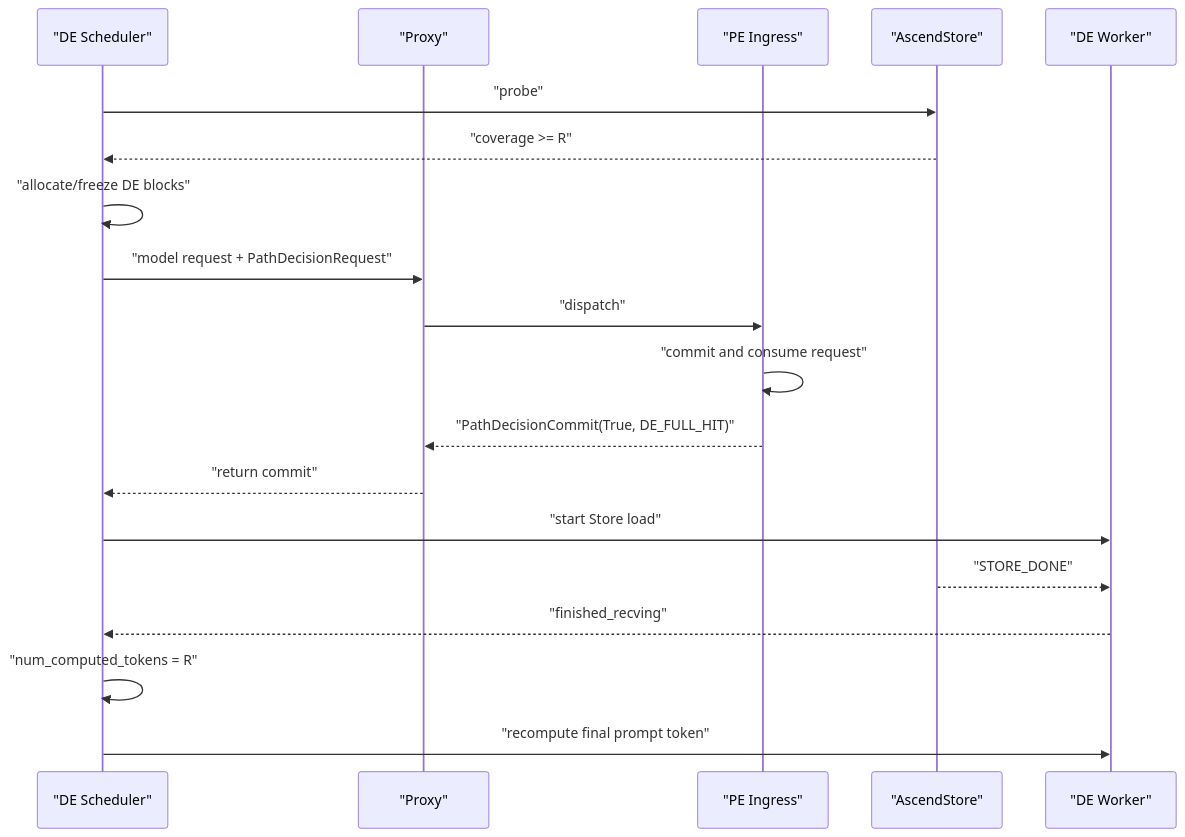
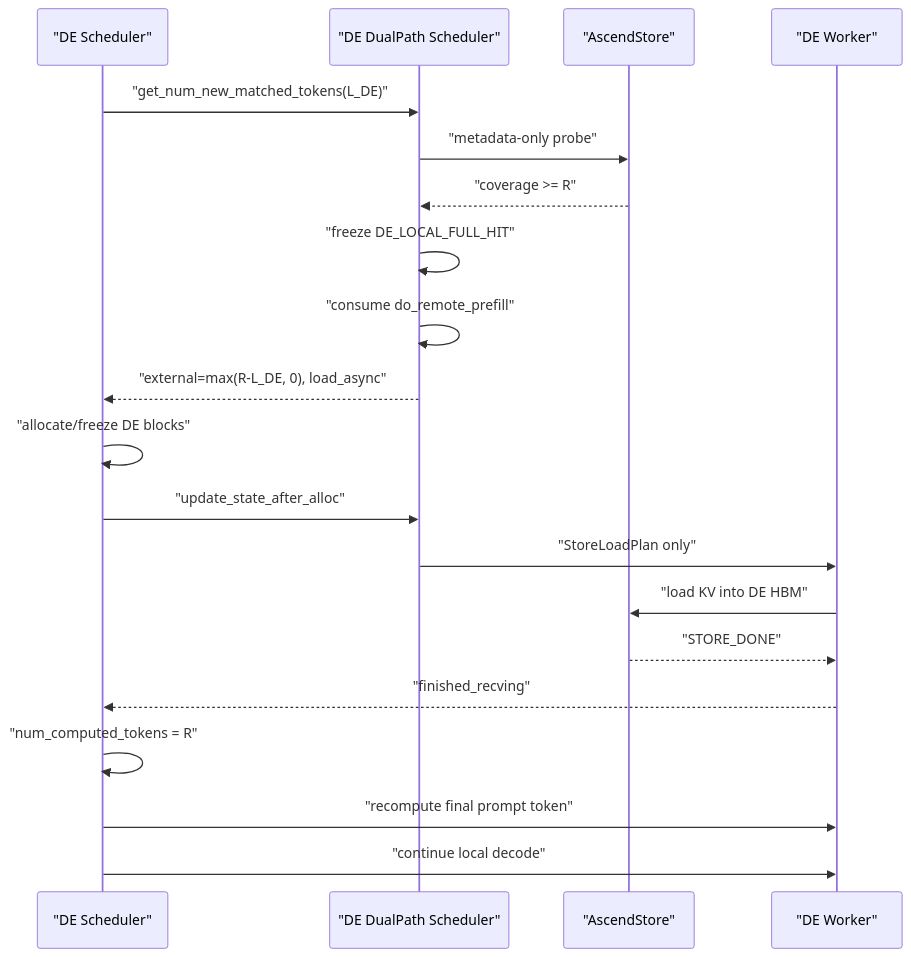
Before and after one commit to mazifan0120/vllm-ascend: the sixth of 7 diagrams in docs/superpowers/specs/2026-07-23-dual-path-connector-stage1-option-a-detailed-design.md, drawn with Mermaid. The commit also changed other lines of this file and 1 other file, not shown here.

First line of the commit message:
docs: clarify DE_LOCAL_FULL_HIT admission in DualPath Option A design

````diff
--- a/docs/superpowers/specs/2026-07-23-dual-path-connector-stage1-option-a-detailed-design.md
+++ b/docs/superpowers/specs/2026-07-23-dual-path-connector-stage1-option-a-detailed-design.md
@@ -1071,22 +1508,23 @@
 ```mermaid
 sequenceDiagram
     participant DES as "DE Scheduler"
-    participant Proxy as "Proxy"
-    participant PEI as "PE Ingress"
+    participant DPC as "DE DualPath Scheduler"
     participant Store as "AscendStore"
     participant DEW as "DE Worker"
 
-    DES->>Store: "probe"
-    Store-->>DES: "coverage >= R"
+    DES->>DPC: "get_num_new_matched_tokens(L_DE)"
+    DPC->>Store: "metadata-only probe"
+    Store-->>DPC: "coverage >= R"
+    DPC->>DPC: "freeze DE_LOCAL_FULL_HIT"
+    DPC->>DPC: "consume do_remote_prefill"
+    DPC-->>DES: "external=max(R-L_DE, 0), load_async"
     DES->>DES: "allocate/freeze DE blocks"
-    DES->>Proxy: "model request + PathDecisionRequest"
-    Proxy->>PEI: "dispatch"
-    PEI->>PEI: "commit and consume request"
-    PEI-->>Proxy: "PathDecisionCommit(True, DE_FULL_HIT)"
-    Proxy-->>DES: "return commit"
-    DES->>DEW: "start Store load"
+    DES->>DPC: "update_state_after_alloc"
+    DPC->>DEW: "StoreLoadPlan only"
+    DEW->>Store: "load KV into DE HBM"
     Store-->>DEW: "STORE_DONE"
     DEW-->>DES: "finished_recving"
     DES->>DES: "num_computed_tokens = R"
     DES->>DEW: "recompute final prompt token"
+    DES->>DEW: "continue local decode"
 ```
````
